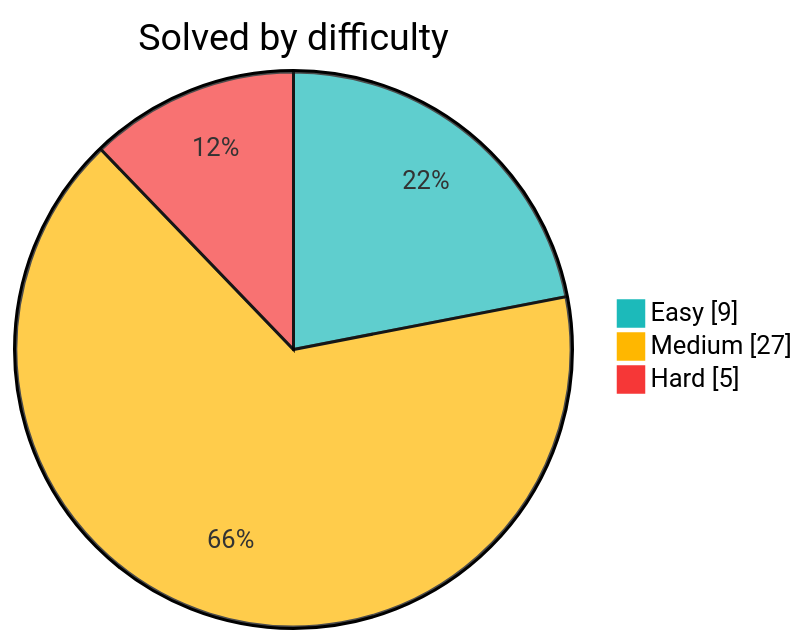
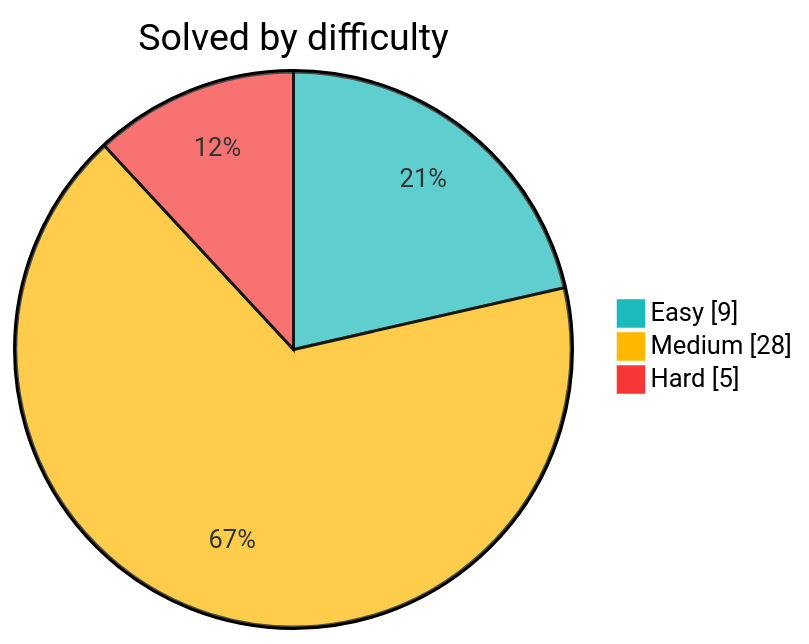
One commit to Sekler09/algorithms changed the diagram in README.md. Above: the diagram before and after it, drawn with Mermaid. The commit also changed other lines of this file and 3 other files, not shown here.

Commit message:
feat: solve 300-longest-increasing-subsequence

````diff
--- a/README.md
+++ b/README.md
@@ -9,8 +9,8 @@
 ```mermaid
 %%{init: {"themeVariables": {"pie1": "#1cbaba", "pie2": "#ffb700", "pie3": "#f63737"}}}%%
 pie showData
     title Solved by difficulty
     "Easy" : 9
-    "Medium" : 27
+    "Medium" : 28
     "Hard" : 5
 ```
````
